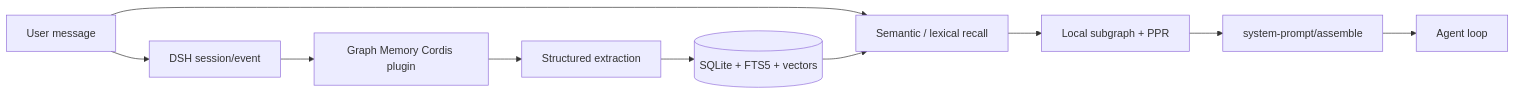
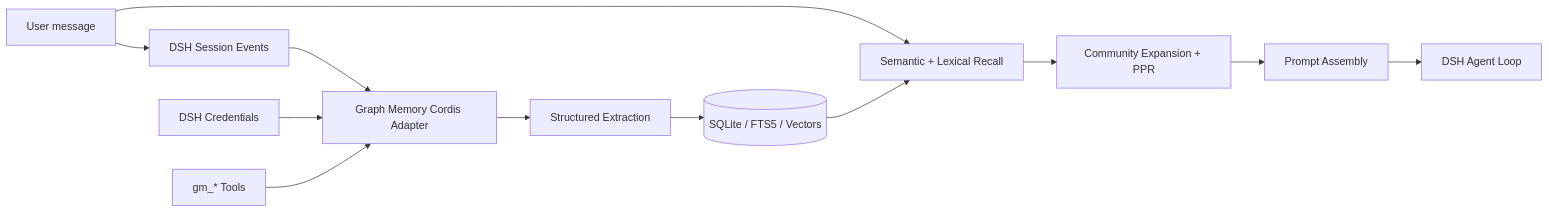
Before and after one commit to TriDefender/graph-memory: the second of 3 diagrams in README.md, drawn with Mermaid. The commit also changed other lines of this file and 9 other files, not shown here.

Commit message:
docs: relaunch Graph Memory for DeepSeek Harness

````diff
--- a/README.md
+++ b/README.md
@@ -26,12 +142,16 @@
 ```mermaid
 flowchart LR
-  U[User message] --> E[DSH session/event]
-  E --> P[Graph Memory Cordis plugin]
-  P --> X[Structured extraction]
-  X --> S[(SQLite + FTS5 + vectors)]
-  U --> R[Semantic / lexical recall]
-  S --> R
-  R --> G[Local subgraph + PPR]
-  G --> A[system-prompt/assemble]
-  A --> L[Agent loop]
+  USER[User message] --> SESSION[DSH Session Events]
+  SESSION --> ADAPTER[Graph Memory Cordis Adapter]
+  ADAPTER --> EXTRACT[Structured Extraction]
+  EXTRACT --> GRAPH[(SQLite / FTS5 / Vectors)]
+
+  USER --> RECALL[Semantic + Lexical Recall]
+  GRAPH --> RECALL
+  RECALL --> RANK[Community Expansion + PPR]
+  RANK --> PROMPT[Prompt Assembly]
+  PROMPT --> LOOP[DSH Agent Loop]
+
+  CREDS[DSH Credentials] --> ADAPTER
+  TOOLS[gm_* Tools] --> ADAPTER
 ```
````
